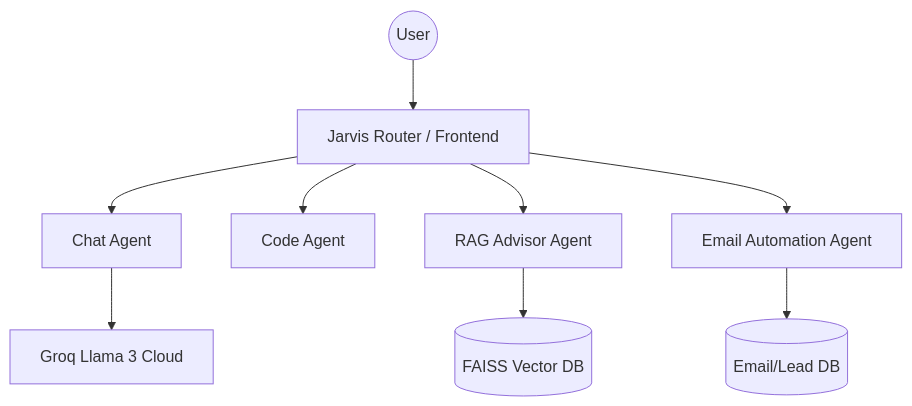
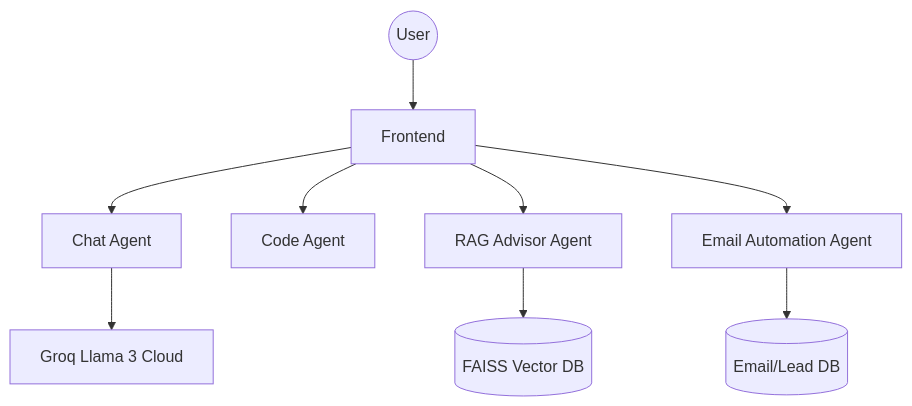
One commit to Dhyanakartheek/DKnexAI changed the diagram in README.md. Above: the diagram before and after it, drawn with Mermaid. The commit also changed other lines of this file, not shown here.

````diff
--- a/README.md
+++ b/README.md
@@ -32,11 +37,11 @@
 ```mermaid
 graph TD
-    User((User)) --> Router[Jarvis Router / Frontend]
+    User((User)) --> Router[Frontend]
     Router --> ChatAgent[Chat Agent]
     Router --> CodeAgent[Code Agent]
     Router --> RAGAgent[RAG Advisor Agent]
     Router --> EmailAgent[Email Automation Agent]
     RAGAgent --> VectorDB[(FAISS Vector DB)]
     EmailAgent --> SQLite[(Email/Lead DB)]
     ChatAgent --> Groq[Groq Llama 3 Cloud]
 ```
````
